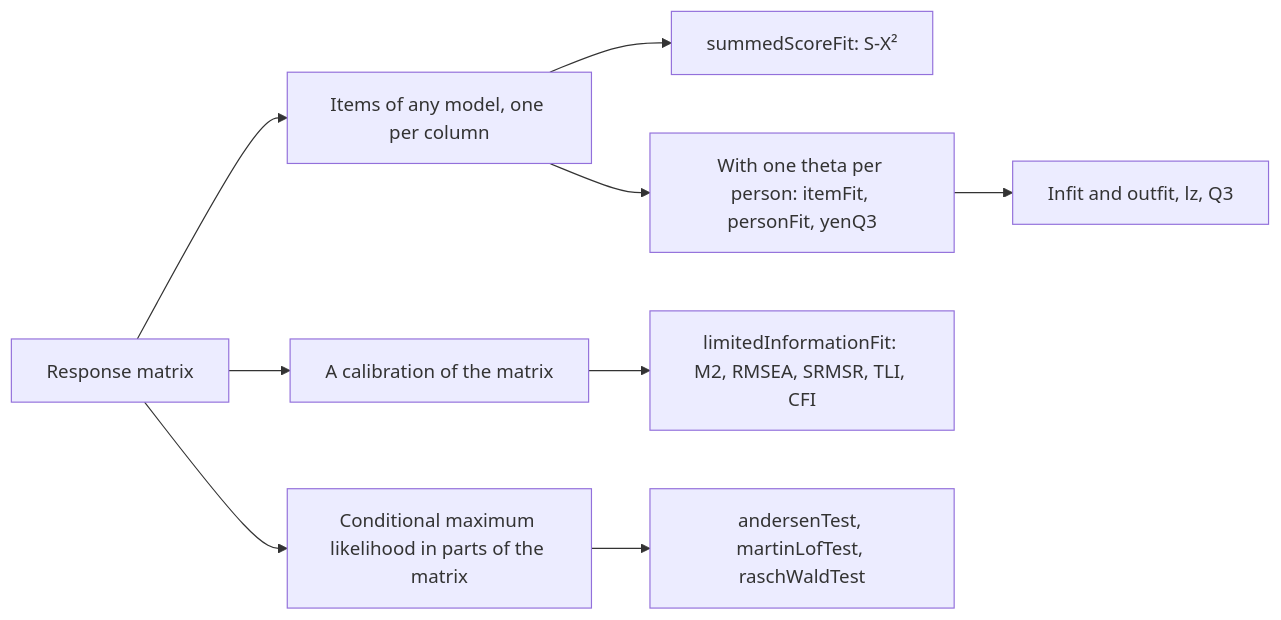
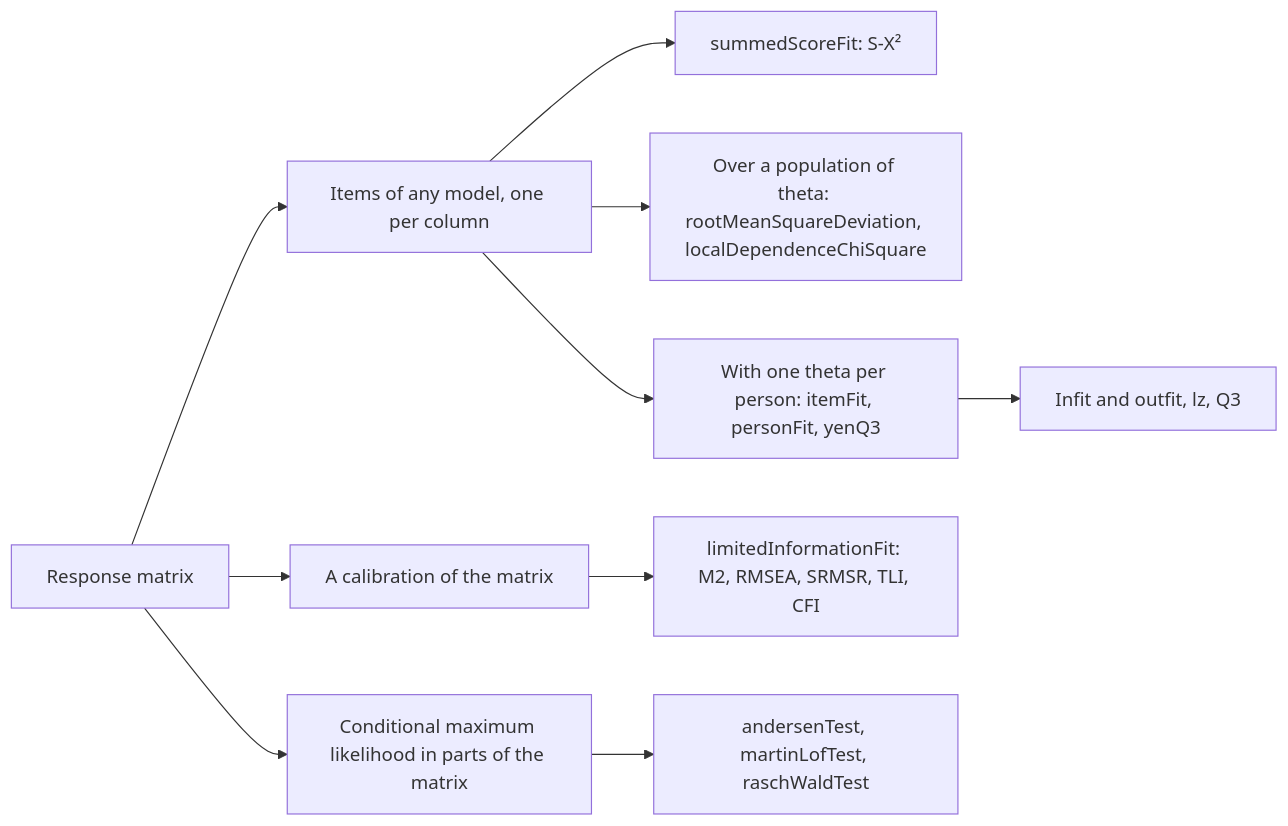
One commit to measurekit/measurekit changed the first of 4 diagrams in docs/psychometrics/fit.md. Above: the diagram before and after it, drawn with Mermaid. The commit also changed other lines of this file and 15 other files, not shown here.

First line of the commit message:
Add rootMeanSquareDeviation and localDependenceChiSquare, against TAM, mirt and base R where CDM divides by another item's categories

````diff
--- a/docs/psychometrics/fit.md
+++ b/docs/psychometrics/fit.md
@@ -8,11 +8,12 @@
 ```mermaid
 flowchart LR
   M["Response matrix"] --> I["Items of any model, one per column"]
   I --> S["summedScoreFit: S-X²"]
+  I --> D["Over a population of theta: rootMeanSquareDeviation, localDependenceChiSquare"]
   I --> R["With one theta per person: itemFit, personFit, yenQ3"]
   R --> A["Infit and outfit, lz, Q3"]
   M --> C["A calibration of the matrix"]
   C --> L["limitedInformationFit: M2, RMSEA, SRMSR, TLI, CFI"]
   M --> T["Conditional maximum likelihood in parts of the matrix"]
   T --> E["andersenTest, martinLofTest, raschWaldTest"]
 ```
````
